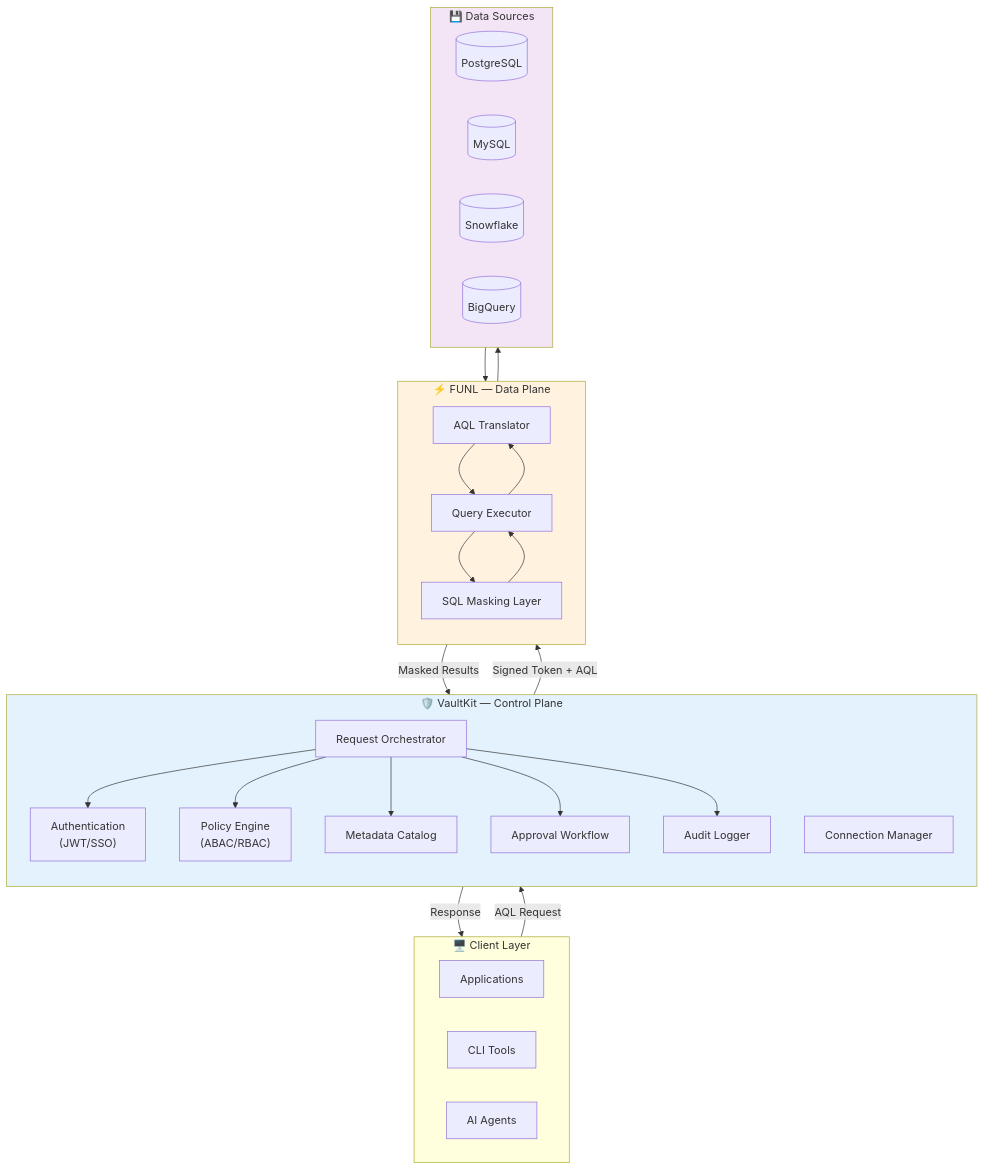
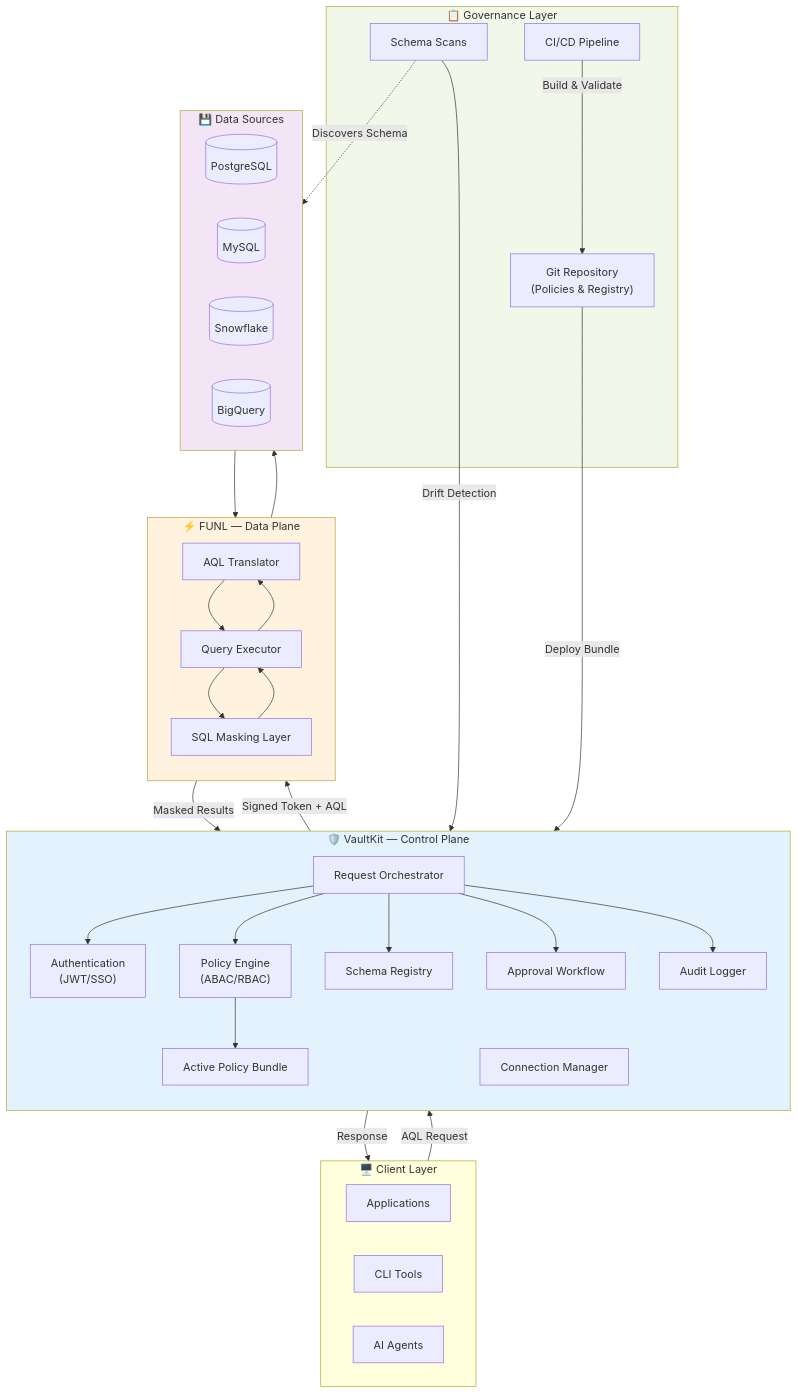
Before and after one commit to vaultkit-inc/vaultkitcli: the first of 2 diagrams in README.md, drawn with Mermaid. The commit also changed other lines of this file and 36 other files, not shown here.

````diff
--- a/README.md
+++ b/README.md
@@ -203,54 +54,68 @@
 ```mermaid
 flowchart TB
     subgraph clients["🖥️ Client Layer"]
         app["Applications"]
         cli["CLI Tools"]
         agent["AI Agents"]
     end
 
     subgraph vaultkit["🛡️ VaultKit — Control Plane"]
         direction TB
         orch["Request Orchestrator"]
         policy["Policy Engine<br/>(ABAC/RBAC)"]
         auth["Authentication<br/>(JWT/SSO)"]
-        registry["Metadata Catalog"]
+        registry["Schema Registry"]
+        bundle["Active Policy Bundle"]
         conn["Connection Manager"]
         approval["Approval Workflow"]
         audit["Audit Logger"]
     end
 
     subgraph funl["⚡ FUNL — Data Plane"]
         direction TB
         translator["AQL Translator"]
         executor["Query Executor"]
         masking["SQL Masking Layer"]
     end
 
     subgraph datasources["💾 Data Sources"]
         pg[(PostgreSQL)]
         mysql[(MySQL)]
         snow[(Snowflake)]
         bq[(BigQuery)]
     end
 
+    subgraph governance["📋 Governance Layer"]
+        git["Git Repository<br/>(Policies & Registry)"]
+        scan["Schema Scans"]
+        cicd["CI/CD Pipeline"]
+    end
+
     clients -->|AQL Request| orch
     orch --> auth
     orch --> policy
+    policy --> bundle
     orch --> registry
     orch --> approval
     orch --> audit
     orch -->|Signed Token + AQL| translator
     
     translator --> executor
     executor --> masking
     masking --> datasources
     datasources --> masking
     masking --> executor
     executor --> translator
     translator -->|Masked Results| orch
     orch -->|Response| clients
 
+    scan -.->|Discovers Schema| datasources
+    scan -->|Drift Detection| registry
+    git -->|Deploy Bundle| bundle
+    cicd -->|Build & Validate| git
+
     style vaultkit fill:#e3f2fd
     style funl fill:#fff3e0
     style datasources fill:#f3e5f5
+    style governance fill:#f1f8e9
 ```
````
